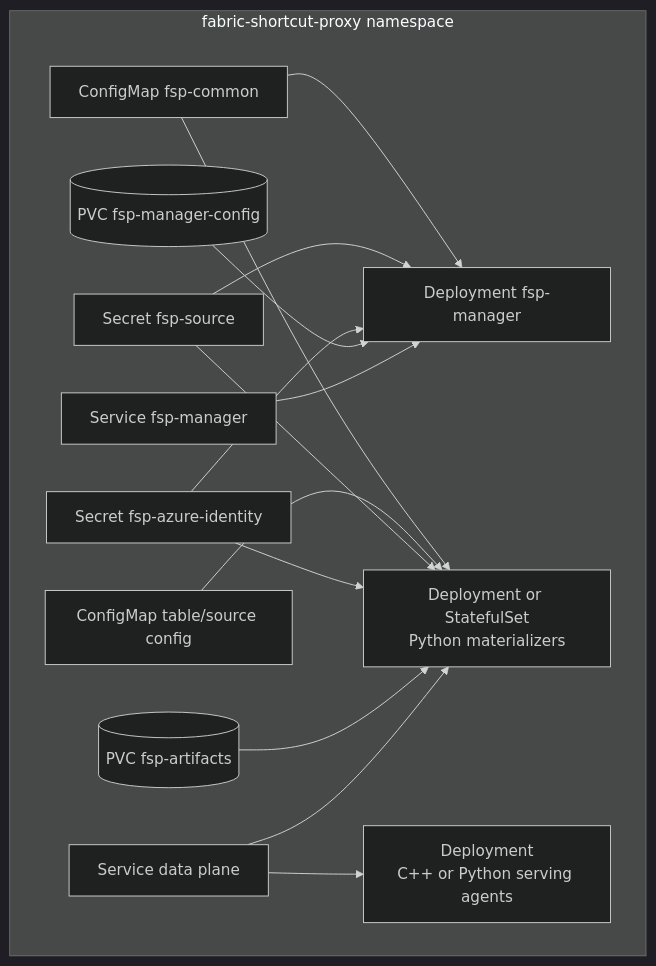
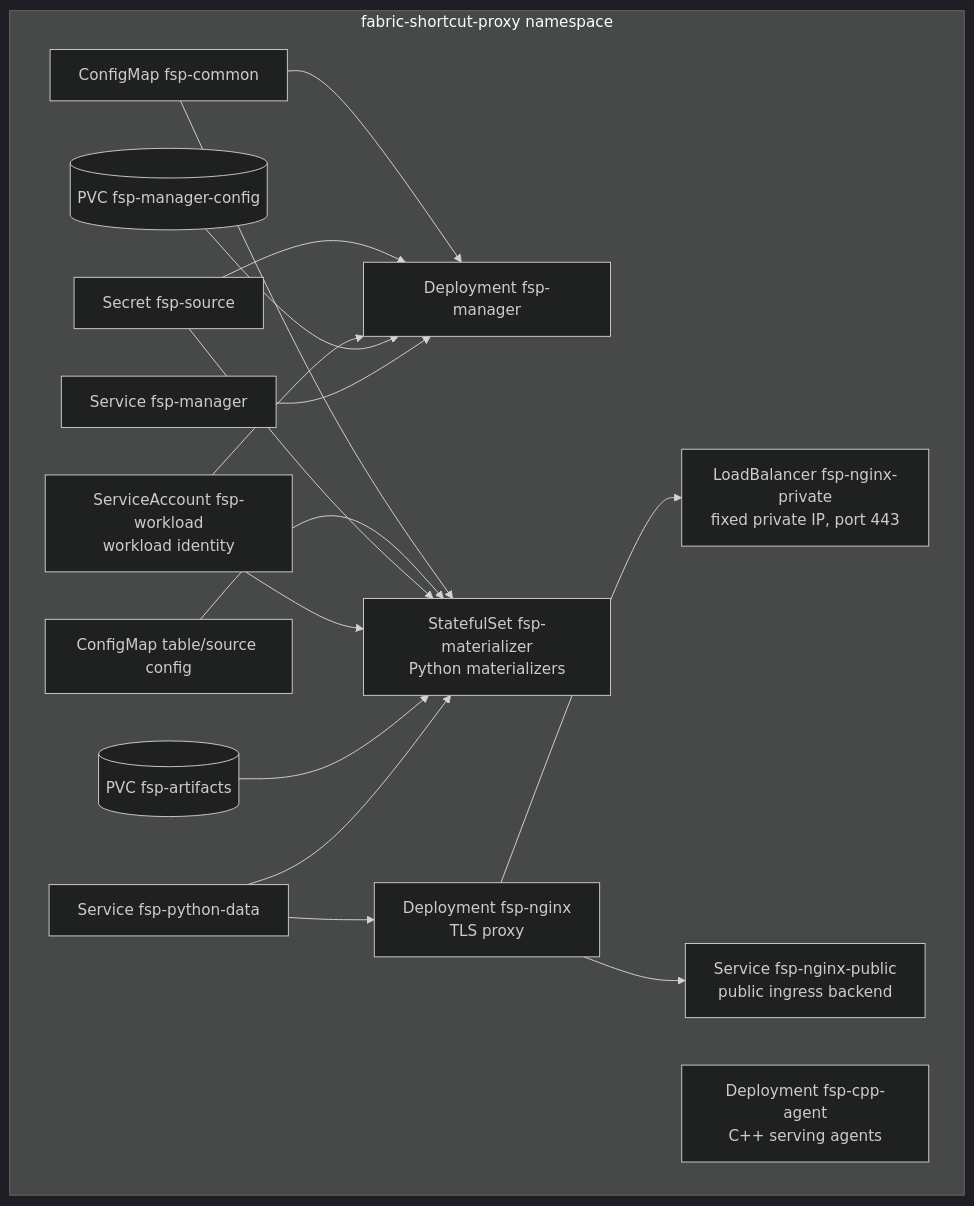
Before and after one commit to Andreas-bersgtedt/Fabric-Shortcut-Proxy: the sixth of 8 diagrams in docs/Enterprise_Deployment_guide.md, drawn with Mermaid (dark theme). The commit also changed other lines of this file and 58 other files, not shown here.

````diff
--- a/docs/Enterprise_Deployment_guide.md
+++ b/docs/Enterprise_Deployment_guide.md
@@ -296,29 +301,34 @@
 ```mermaid
 flowchart TB
   subgraph ns[fabric-shortcut-proxy namespace]
     manager[Deployment fsp-manager]
-    materializer[Deployment or StatefulSet<br/>Python materializers]
-    serving[Deployment<br/>C++ or Python serving agents]
+    materializer[StatefulSet fsp-materializer<br/>Python materializers]
+    serving[Deployment fsp-cpp-agent<br/>C++ serving agents]
+    nginx[Deployment fsp-nginx<br/>TLS proxy]
     mgrsvc[Service fsp-manager]
-    datasvc[Service data plane]
+    datasvc[Service fsp-python-data]
+    privatesvc[LoadBalancer fsp-nginx-private<br/>fixed private IP, port 443]
+    publicsvc[Service fsp-nginx-public<br/>public ingress backend]
     cm1[ConfigMap fsp-common]
     cm2[ConfigMap table/source config]
     sec1[Secret fsp-source]
-    sec2[Secret fsp-azure-identity]
+    wi[ServiceAccount fsp-workload<br/>workload identity]
     pvc1[(PVC fsp-manager-config)]
     pvc2[(PVC fsp-artifacts)]
   end
 
   cm1 --> manager
   cm1 --> materializer
   cm2 --> materializer
   sec1 --> manager
   sec1 --> materializer
-  sec2 --> manager
-  sec2 --> materializer
+  wi --> manager
+  wi --> materializer
   pvc1 --> manager
   pvc2 --> materializer
   mgrsvc --> manager
   datasvc --> materializer
-  datasvc --> serving
+  datasvc --> nginx
+  nginx --> privatesvc
+  nginx --> publicsvc
 ```
````
